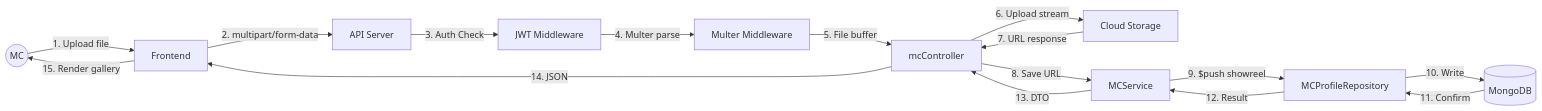
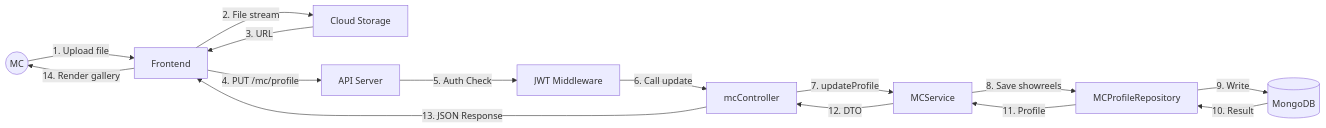
The ninth of 51 diagrams in UC_Diagrams_EN.md (dat-21/SWD392), drawn with Mermaid before and after one commit. The commit also changed other lines of this file and 1 other file, not shown here.

Commit message:
docs: Refine UC diagrams and flows for media upload, schedule, and availability management, removing complex backend checks and notification dispatches.

````diff
--- a/UC_Diagrams_EN.md
+++ b/UC_Diagrams_EN.md
@@ -307,18 +307,17 @@
 ```mermaid
 flowchart LR
     MC((MC)) -->|1. Upload file| FE[Frontend]
-    FE -->|2. multipart/form-data| API[API Server]
-    API -->|3. Auth Check| AUTH[JWT Middleware]
-    AUTH -->|4. Multer parse| MULTER[Multer Middleware]
-    MULTER -->|5. File buffer| CTRL[mcController]
-    CTRL -->|6. Upload stream| CLOUD[Cloud Storage]
-    CLOUD -->|7. URL response| CTRL
-    CTRL -->|8. Save URL| SVC[MCService]
-    SVC -->|9. $push showreel| REPO[MCProfileRepository]
-    REPO -->|10. Write| DB[(MongoDB)]
-    DB -->|11. Confirm| REPO
-    REPO -->|12. Result| SVC
-    SVC -->|13. DTO| CTRL
-    CTRL -->|14. JSON| FE
-    FE -->|15. Render gallery| MC
+    FE -->|2. File stream| CLOUD[Cloud Storage]
+    CLOUD -->|3. URL| FE
+    FE -->|4. PUT /mc/profile| API[API Server]
+    API -->|5. Auth Check| AUTH[JWT Middleware]
+    AUTH -->|6. Call update| CTRL[mcController]
+    CTRL -->|7. updateProfile| SVC[MCService]
+    SVC -->|8. Save showreels| REPO[MCProfileRepository]
+    REPO -->|9. Write| DB[(MongoDB)]
+    DB -->|10. Result| REPO
+    REPO -->|11. Profile| SVC
+    SVC -->|12. DTO| CTRL
+    CTRL -->|13. JSON Response| FE
+    FE -->|14. Render gallery| MC
 ```
````
